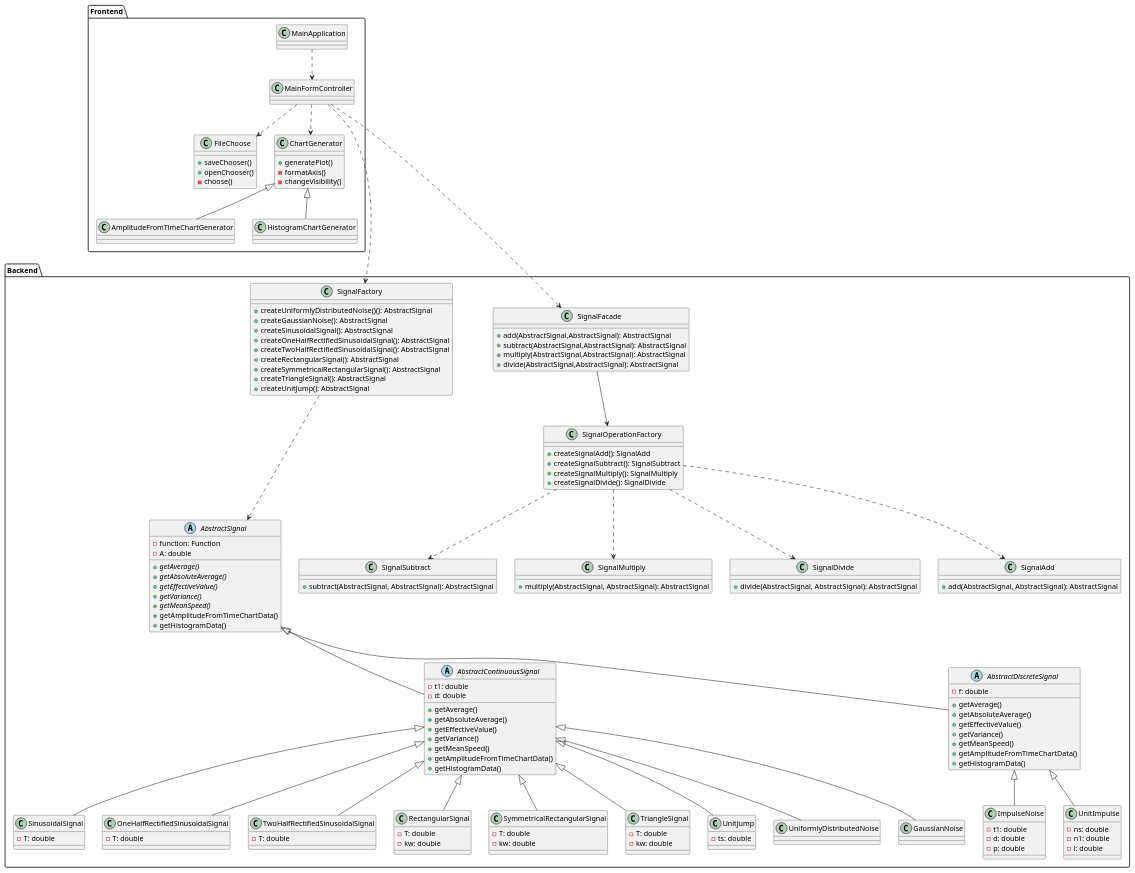
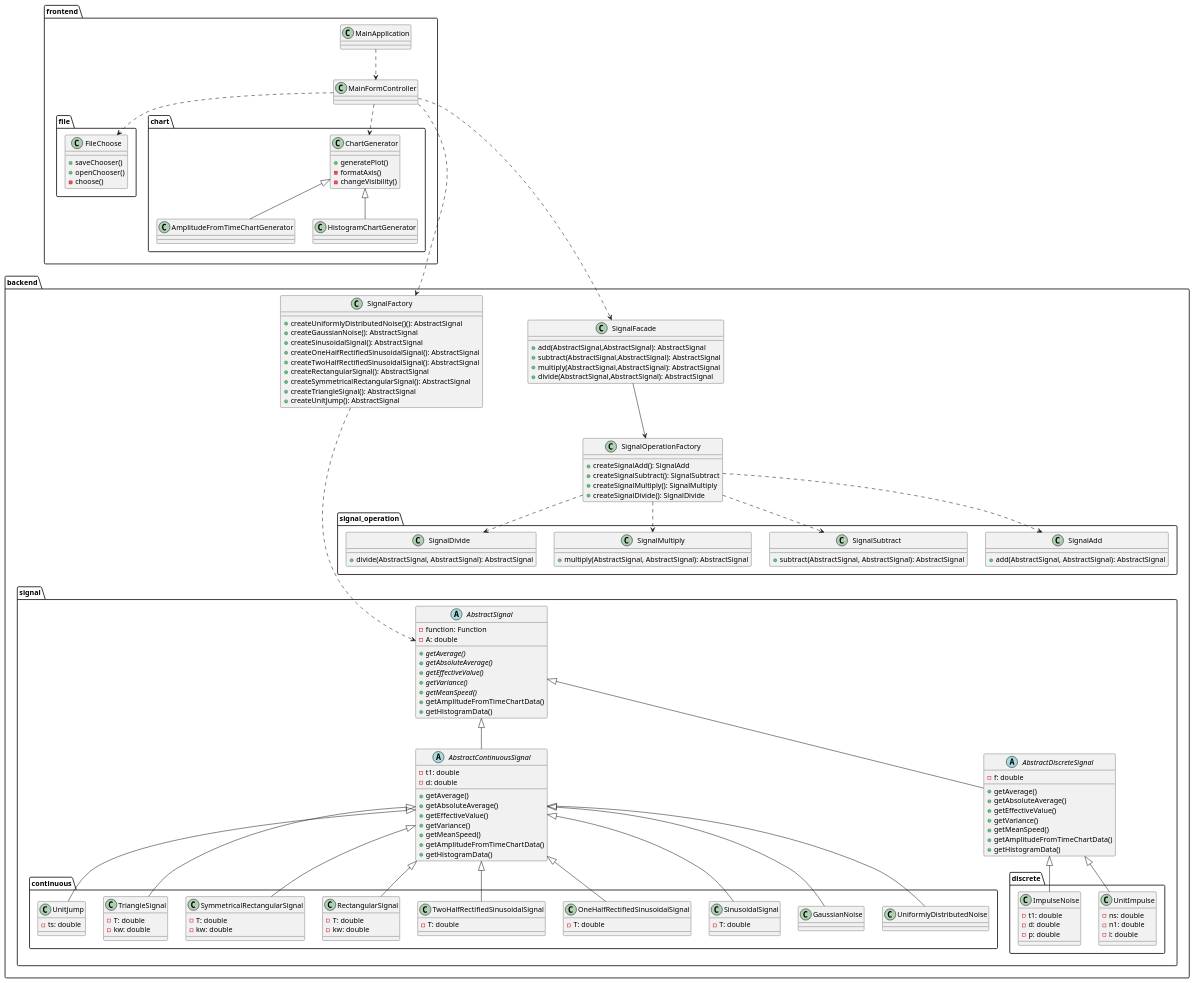
The diagram in README.md (RadekBucki/DigitalSignalProcessing), drawn with PlantUML before and after one commit.

Commit message:
Add packages

````diff
--- a/README.md
+++ b/README.md
@@ -5,5 +5,5 @@
 ```plantuml
-package Backend {
+package backend {
     class SignalFactory {
         + createUniformlyDistributedNoise()(): AbstractSignal
         + createGaussianNoise(): AbstractSignal
@@ -15,94 +15,100 @@
         + createTriangleSignal(): AbstractSignal
         + createUnitJump(): AbstractSignal
     }
-    SignalFactory ...> AbstractSignal
     
-    abstract class AbstractSignal {
-        - function: Function
-        - A: double
-        + {abstract} getAverage()
-        + {abstract} getAbsoluteAverage()
-        + {abstract} getEffectiveValue()
-        + {abstract} getVariance()
-        + {abstract} getMeanSpeed()
-        + getAmplitudeFromTimeChartData()
-        + getHistogramData()
+    package signal {
+        SignalFactory ....> AbstractSignal
+        abstract class AbstractSignal {
+            - function: Function
+            - A: double
+            + {abstract} getAverage()
+            + {abstract} getAbsoluteAverage()
+            + {abstract} getEffectiveValue()
+            + {abstract} getVariance()
+            + {abstract} getMeanSpeed()
+            + getAmplitudeFromTimeChartData()
+            + getHistogramData()
+        }
+        
+        abstract class AbstractContinuousSignal {
+            - t1: double
+            - d: double
+            + getAverage()
+            + getAbsoluteAverage()
+            + getEffectiveValue()
+            + getVariance()
+            + getMeanSpeed()
+            + getAmplitudeFromTimeChartData()
+            + getHistogramData()
+        }
+        abstract class AbstractDiscreteSignal {
+            - f: double
+            + getAverage()
+            + getAbsoluteAverage()
+            + getEffectiveValue()
+            + getVariance()
+            + getMeanSpeed()
+            + getAmplitudeFromTimeChartData()
+            + getHistogramData()
+        }
+        
+        AbstractSignal <|-- AbstractContinuousSignal
+        AbstractSignal <|-- AbstractDiscreteSignal
+        
+        package continuous {
+            class UniformlyDistributedNoise
+            class GaussianNoise
+            class SinusoidalSignal {
+                - T: double
+            }
+            class OneHalfRectifiedSinusoidalSignal {
+                - T: double
+            }
+            class TwoHalfRectifiedSinusoidalSignal {
+                - T: double
+            }
+            class RectangularSignal {
+                - T: double
+                - kw: double
+            }
+            class SymmetricalRectangularSignal {
+                - T: double
+                - kw: double
+            }
+            class TriangleSignal {
+                - T: double
+                - kw: double
+            }
+            class UnitJump {
+                - ts: double
+            }
+        }
+        package discrete {
+            class UnitImpulse {
+                - ns: double
+                - n1: double
+                - l: double
+            }
+            class ImpulseNoise {
+                - t1: double
+                - d: double
+                - p: double
+            }
+        }
+        
+        AbstractContinuousSignal <|-- UniformlyDistributedNoise
+        AbstractContinuousSignal <|-- GaussianNoise
+        AbstractContinuousSignal <|-- SinusoidalSignal
+        AbstractContinuousSignal <|-- OneHalfRectifiedSinusoidalSignal
+        AbstractContinuousSignal <|-- TwoHalfRectifiedSinusoidalSignal
+        AbstractContinuousSignal <|-- RectangularSignal
+        AbstractContinuousSignal <|-- SymmetricalRectangularSignal
+        AbstractContinuousSignal <|-- TriangleSignal
+        AbstractContinuousSignal <|-- UnitJump
+        
+        AbstractDiscreteSignal <|-- UnitImpulse
+        AbstractDiscreteSignal <|-- ImpulseNoise
     }
-    
-    abstract class AbstractContinuousSignal {
-        - t1: double
-        - d: double
-        + getAverage()
-        + getAbsoluteAverage()
-        + getEffectiveValue()
-        + getVariance()
-        + getMeanSpeed()
-        + getAmplitudeFromTimeChartData()
-        + getHistogramData()
-    }
-    abstract class AbstractDiscreteSignal {
-        - f: double
-        + getAverage()
-        + getAbsoluteAverage()
-        + getEffectiveValue()
-        + getVariance()
-        + getMeanSpeed()
-        + getAmplitudeFromTimeChartData()
-        + getHistogramData()
-    }
-    
-    AbstractSignal <|-- AbstractContinuousSignal
-    AbstractSignal <|-- AbstractDiscreteSignal
-    
-    class UniformlyDistributedNoise
-    class GaussianNoise
-    class SinusoidalSignal {
-        - T: double
-    }
-    class OneHalfRectifiedSinusoidalSignal {
-        - T: double
-    }
-    class TwoHalfRectifiedSinusoidalSignal {
-        - T: double
-    }
-    class RectangularSignal {
-        - T: double
-        - kw: double
-    }
-    class SymmetricalRectangularSignal {
-        - T: double
-        - kw: double
-    }
-    class TriangleSignal {
-        - T: double
-        - kw: double
-    }
-    class UnitJump {
-        - ts: double
-    }
-    class UnitImpulse {
-        - ns: double
-        - n1: double
-        - l: double
-    }
-    class ImpulseNoise {
-        - t1: double
-        - d: double
-        - p: double
-    }
-    
-    AbstractContinuousSignal <|-- UniformlyDistributedNoise
-    AbstractContinuousSignal <|-- GaussianNoise
-    AbstractContinuousSignal <|-- SinusoidalSignal
-    AbstractContinuousSignal <|-- OneHalfRectifiedSinusoidalSignal
-    AbstractContinuousSignal <|-- TwoHalfRectifiedSinusoidalSignal
-    AbstractContinuousSignal <|-- RectangularSignal
-    AbstractContinuousSignal <|-- SymmetricalRectangularSignal
-    AbstractContinuousSignal <|-- TriangleSignal
-    AbstractContinuousSignal <|-- UnitJump
-    
-    AbstractDiscreteSignal <|-- UnitImpulse
-    AbstractDiscreteSignal <|-- ImpulseNoise
     
     class SignalFacade {
         + add(AbstractSignal,AbstractSignal): AbstractSignal
@@ -120,17 +126,19 @@
     
     SignalFacade --> SignalOperationFactory
     
-    class SignalAdd {
-        + add(AbstractSignal, AbstractSignal): AbstractSignal
-    }
-    class SignalSubtract {
-        + subtract(AbstractSignal, AbstractSignal): AbstractSignal
-    }
-    class SignalMultiply {
-        + multiply(AbstractSignal, AbstractSignal): AbstractSignal
-    }
-    class SignalDivide {
-        + divide(AbstractSignal, AbstractSignal): AbstractSignal
+    package signal_operation {
+        class SignalAdd {
+            + add(AbstractSignal, AbstractSignal): AbstractSignal
+        }
+        class SignalSubtract {
+            + subtract(AbstractSignal, AbstractSignal): AbstractSignal
+        }
+        class SignalMultiply {
+            + multiply(AbstractSignal, AbstractSignal): AbstractSignal
+        }
+        class SignalDivide {
+            + divide(AbstractSignal, AbstractSignal): AbstractSignal
+        }
     }
     
     SignalOperationFactory ..> SignalAdd
@@ -139,21 +147,25 @@
     SignalOperationFactory ..> SignalDivide
 }
 
-package Frontend {
+package frontend {
     class MainApplication
     class MainFormController
-    class FileChoose {
-        + saveChooser()
-        + openChooser()
-        - choose()
+    package file {
+        class FileChoose {
+            + saveChooser()
+            + openChooser()
+            - choose()
+        }
     }
-    class ChartGenerator {
-        + generatePlot()
-        - formatAxis()
-        - changeVisibility()
+    package chart {
+        class ChartGenerator {
+            + generatePlot()
+            - formatAxis()
+            - changeVisibility()
+        }
+        class AmplitudeFromTimeChartGenerator
+        class HistogramChartGenerator
     }
-    class AmplitudeFromTimeChartGenerator
-    class HistogramChartGenerator
     
     MainApplication ..> MainFormController
     
````
